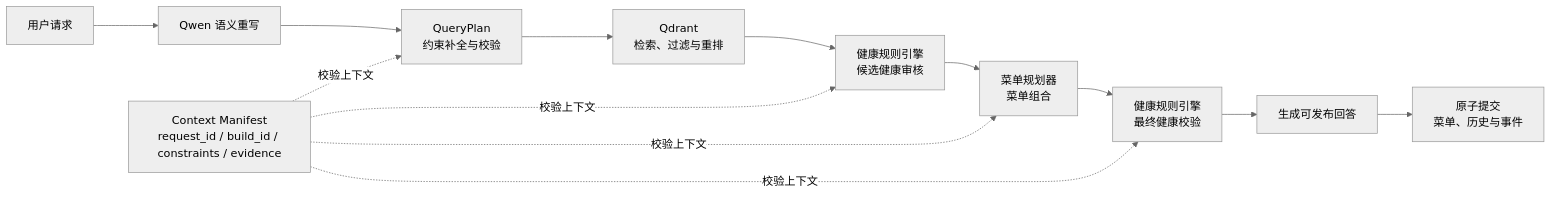
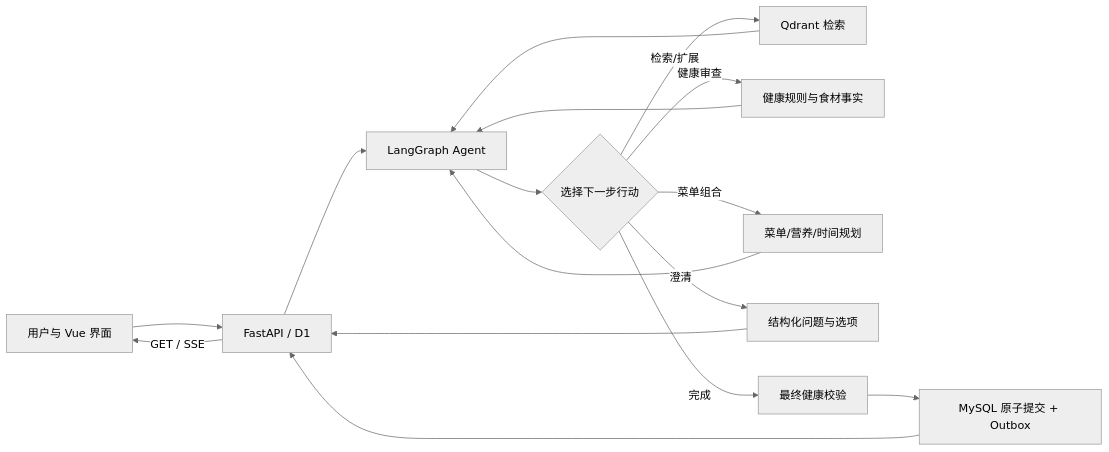
One commit to 819-Aa/FangTai changed the diagram in README.md. Above: the diagram before and after it, drawn with Mermaid (neutral theme). The commit also changed other lines of this file and 85 other files, not shown here.

Commit message:
refactor: make LangGraph v2 the sole agent runtime

````diff
--- a/README.md
+++ b/README.md
@@ -38,17 +9,18 @@
 ```mermaid
 flowchart LR
-    A[用户请求] --> B[Qwen 语义重写]
-    B --> C[QueryPlan<br/>约束补全与校验]
-    C --> D[Qdrant<br/>检索、过滤与重排]
-    D --> E[健康规则引擎<br/>候选健康审核]
-    E --> F[菜单规划器<br/>菜单组合]
-    F --> G[健康规则引擎<br/>最终健康校验]
-    G --> H[生成可发布回答]
-    H --> I[原子提交<br/>菜单、历史与事件]
-
-    M[Context Manifest<br/>request_id / build_id / constraints / evidence]
-    M -.校验上下文.-> C
-    M -.校验上下文.-> E
-    M -.校验上下文.-> F
-    M -.校验上下文.-> G
+    U[用户与 Vue 界面] --> API[FastAPI / D1]
+    API --> G[LangGraph Agent]
+    G --> D{选择下一步行动}
+    D -->|检索/扩展| R[Qdrant 检索]
+    D -->|健康审查| H[健康规则与食材事实]
+    D -->|菜单组合| M[菜单/营养/时间规划]
+    D -->|澄清| Q[结构化问题与选项]
+    D -->|完成| V[最终健康校验]
+    R --> G
+    H --> G
+    M --> G
+    Q --> API
+    V --> C[MySQL 原子提交 + Outbox]
+    C --> API
+    API -->|GET / SSE| U
 ```
````
